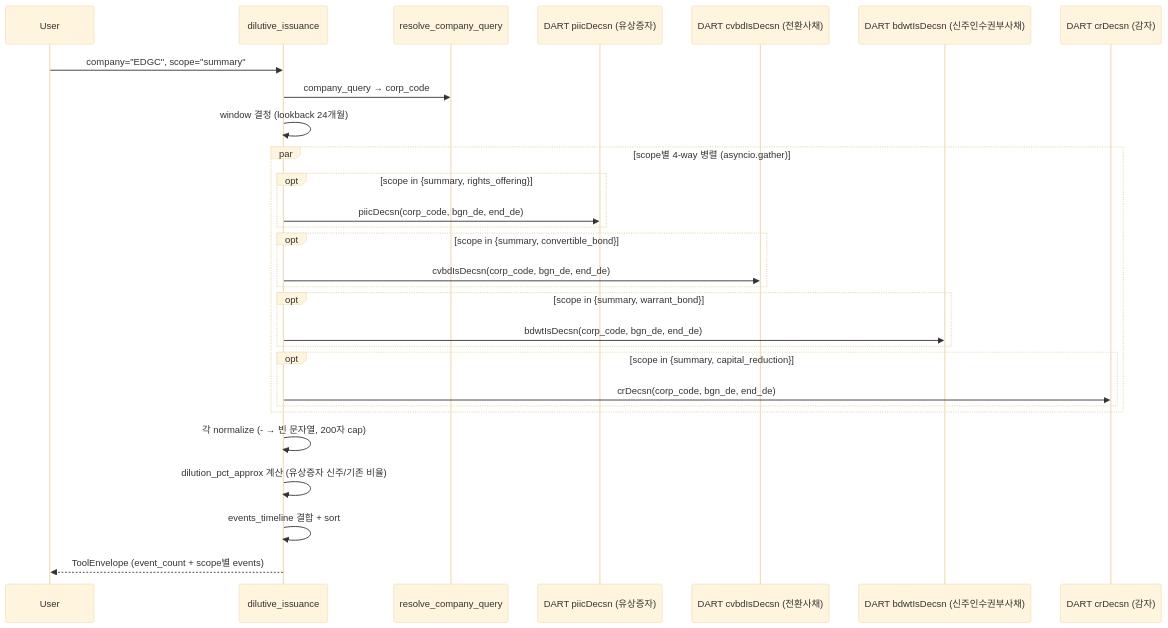
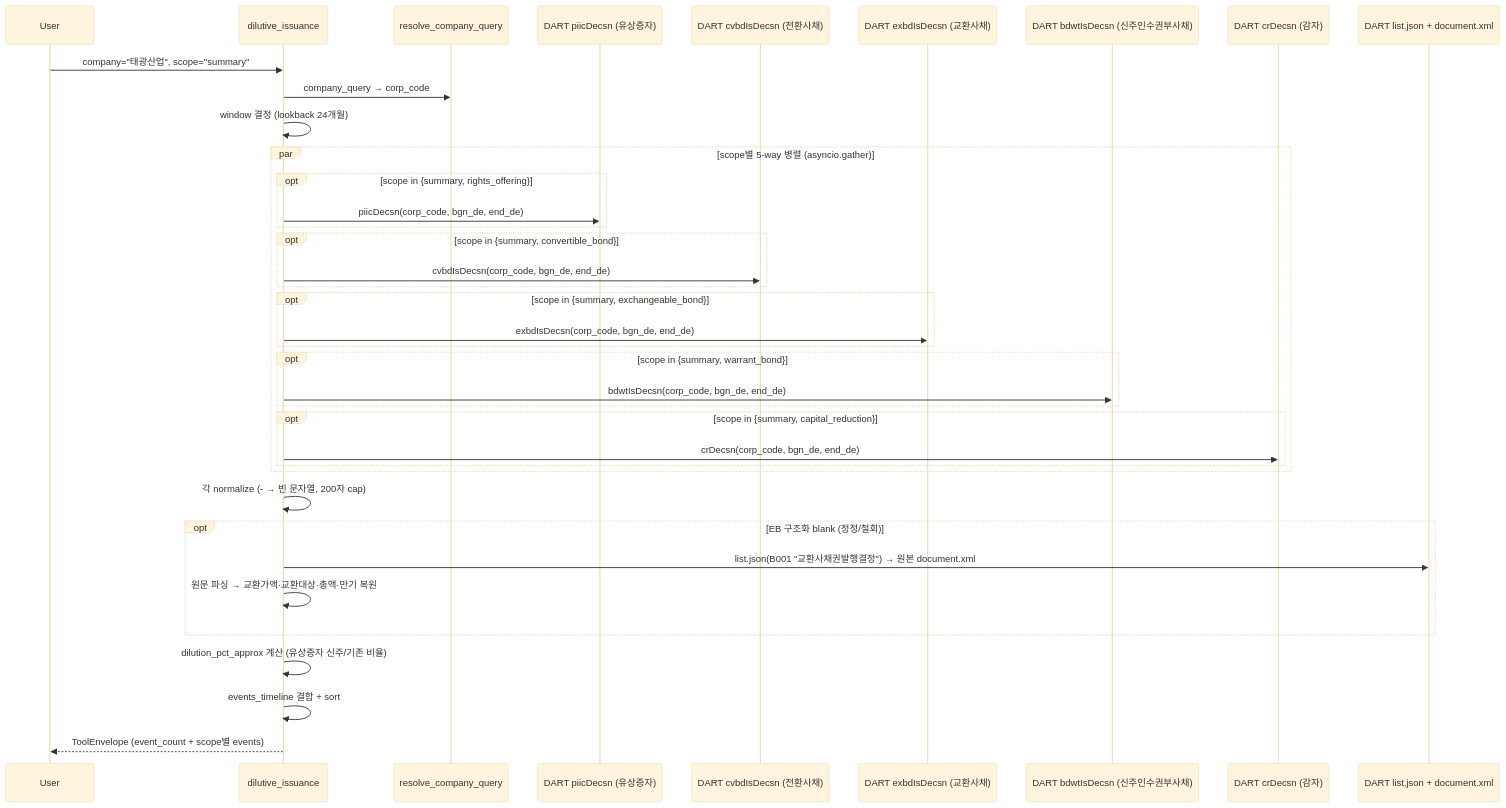
One commit to MarcoYou/open-proxy-mcp changed the diagram in wiki/tools/dilutive_issuance.md. Above: the diagram before and after it, drawn with Mermaid (base theme). The commit also changed other lines of this file and 8 other files, not shown here.

````diff
--- a/wiki/tools/dilutive_issuance.md
+++ b/wiki/tools/dilutive_issuance.md
@@ -93,31 +107,40 @@
 ```mermaid
 sequenceDiagram
     participant U as User
     participant T as dilutive_issuance
     participant R as resolve_company_query
     participant P as DART piicDecsn (유상증자)
     participant CB as DART cvbdIsDecsn (전환사채)
+    participant EB as DART exbdIsDecsn (교환사채)
     participant BW as DART bdwtIsDecsn (신주인수권부사채)
     participant CR as DART crDecsn (감자)
-    U->>T: company="EDGC", scope="summary"
+    participant DOC as DART list.json + document.xml
+    U->>T: company="태광산업", scope="summary"
     T->>R: company_query → corp_code
     T->>T: window 결정 (lookback 24개월)
-    par scope별 4-way 병렬 (asyncio.gather)
+    par scope별 5-way 병렬 (asyncio.gather)
         opt scope in {summary, rights_offering}
             T->>P: piicDecsn(corp_code, bgn_de, end_de)
         end
         opt scope in {summary, convertible_bond}
             T->>CB: cvbdIsDecsn(corp_code, bgn_de, end_de)
+        end
+        opt scope in {summary, exchangeable_bond}
+            T->>EB: exbdIsDecsn(corp_code, bgn_de, end_de)
         end
         opt scope in {summary, warrant_bond}
             T->>BW: bdwtIsDecsn(corp_code, bgn_de, end_de)
         end
         opt scope in {summary, capital_reduction}
             T->>CR: crDecsn(corp_code, bgn_de, end_de)
         end
     end
     T->>T: 각 normalize (- → 빈 문자열, 200자 cap)
+    opt EB 구조화 blank (정정/철회)
+        T->>DOC: list.json(B001 "교환사채권발행결정") → 원본 document.xml
+        T->>T: 원문 파싱 → 교환가액·교환대상·총액·만기 복원
+    end
     T->>T: dilution_pct_approx 계산 (유상증자 신주/기존 비율)
     T->>T: events_timeline 결합 + sort
     T-->>U: ToolEnvelope (event_count + scope별 events)
 ```
````
